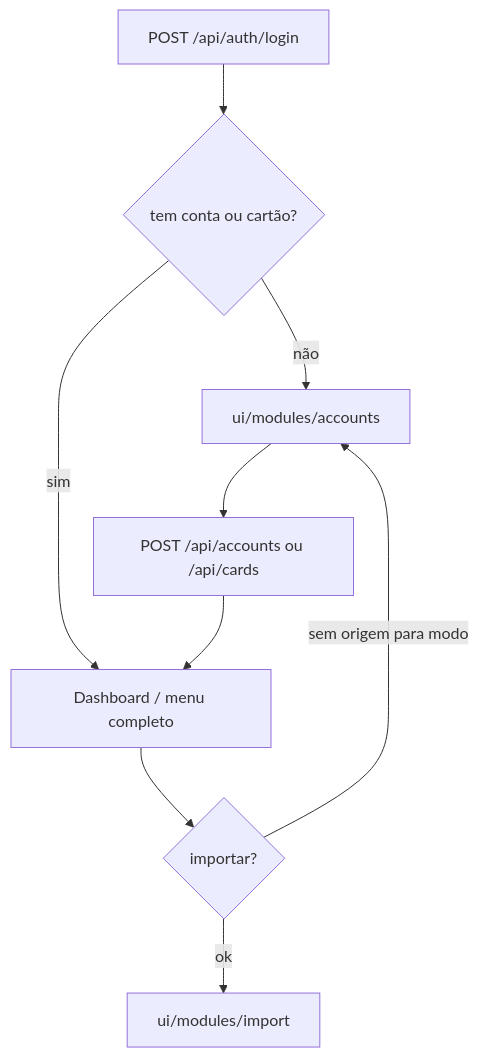
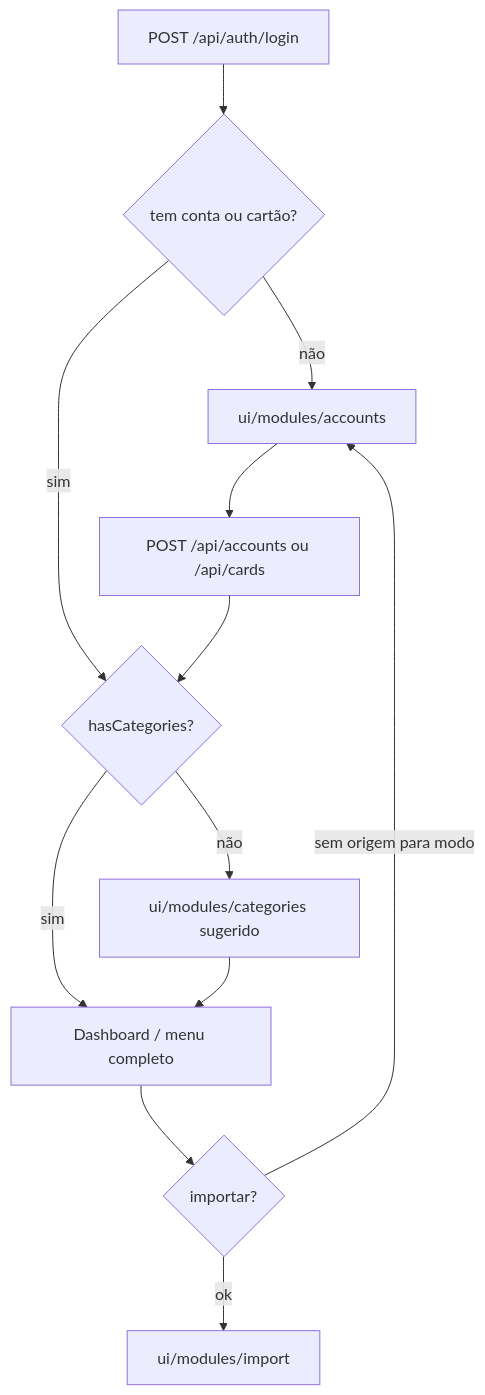
One commit to omarcovelho/mao-de-vaca changed the fourth of 5 diagrams in docs/ARCHITECTURE.md. Above: the diagram before and after it, drawn with Mermaid. The commit also changed other lines of this file and 4 other files, not shown here.

````diff
--- a/docs/ARCHITECTURE.md
+++ b/docs/ARCHITECTURE.md
@@ -259,11 +271,14 @@
 ```mermaid
 flowchart TD
   Login[POST /api/auth/login] --> Check{tem conta ou cartão?}
   Check -->|não| SetupUI[ui/modules/accounts]
-  Check -->|sim| Home[Dashboard / menu completo]
+  Check -->|sim| CatHint{hasCategories?}
+  CatHint -->|não| CatSuggest[ui/modules/categories sugerido]
+  CatHint -->|sim| Home[Dashboard / menu completo]
+  CatSuggest --> Home
   SetupUI --> Create[POST /api/accounts ou /api/cards]
-  Create --> Home
+  Create --> CatHint
   Home --> ImportGate{importar?}
   ImportGate -->|sem origem para modo| SetupUI
   ImportGate -->|ok| ImportUI[ui/modules/import]
 ```
````
